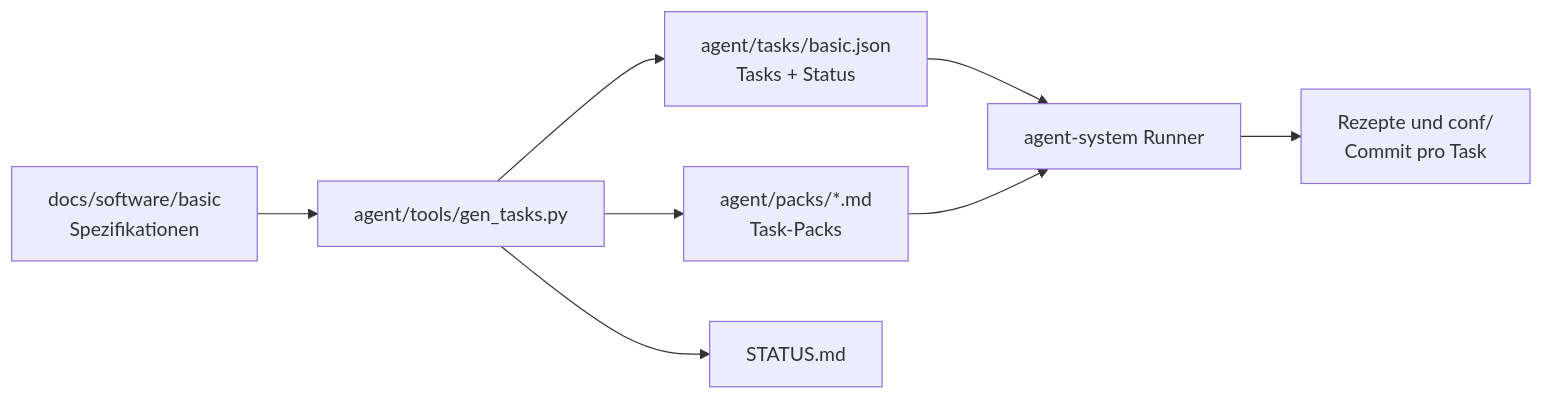
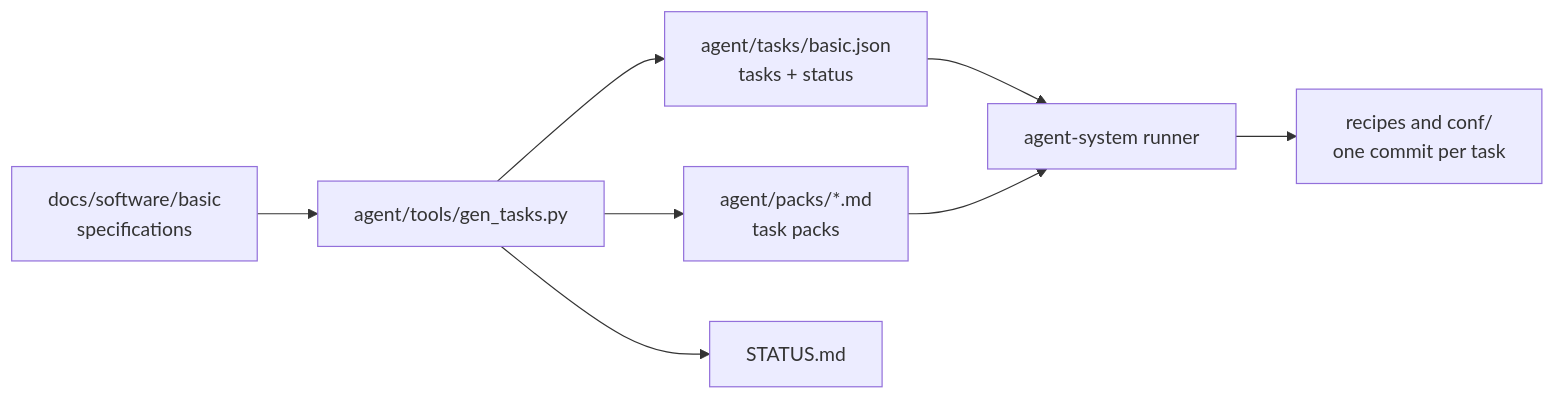
One commit to bynacon/meta-modberry changed the diagram in README.md. Above: the diagram before and after it, drawn with Mermaid. The commit also changed other lines of this file, not shown here.

````diff
--- a/README.md
+++ b/README.md
@@ -121,10 +121,10 @@
 ```mermaid
 flowchart LR
-    S[docs/software/basic<br/>Spezifikationen] --> G[agent/tools/gen_tasks.py]
-    G --> T[agent/tasks/basic.json<br/>Tasks + Status]
-    G --> P[agent/packs/*.md<br/>Task-Packs]
+    S[docs/software/basic<br/>specifications] --> G[agent/tools/gen_tasks.py]
+    G --> T[agent/tasks/basic.json<br/>tasks + status]
+    G --> P[agent/packs/*.md<br/>task packs]
     G --> ST[STATUS.md]
-    T --> R[agent-system Runner]
+    T --> R[agent-system runner]
     P --> R
-    R --> L[Rezepte und conf/<br/>Commit pro Task]
+    R --> L[recipes and conf/<br/>one commit per task]
 ```
````
